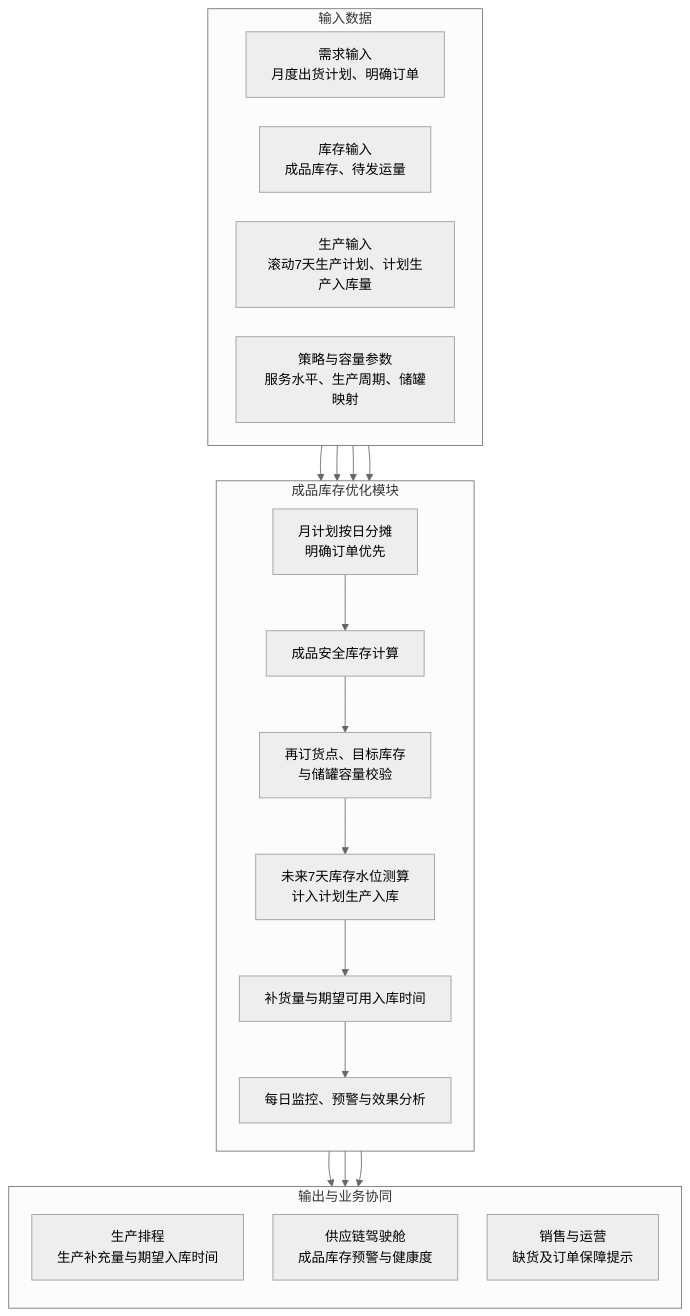
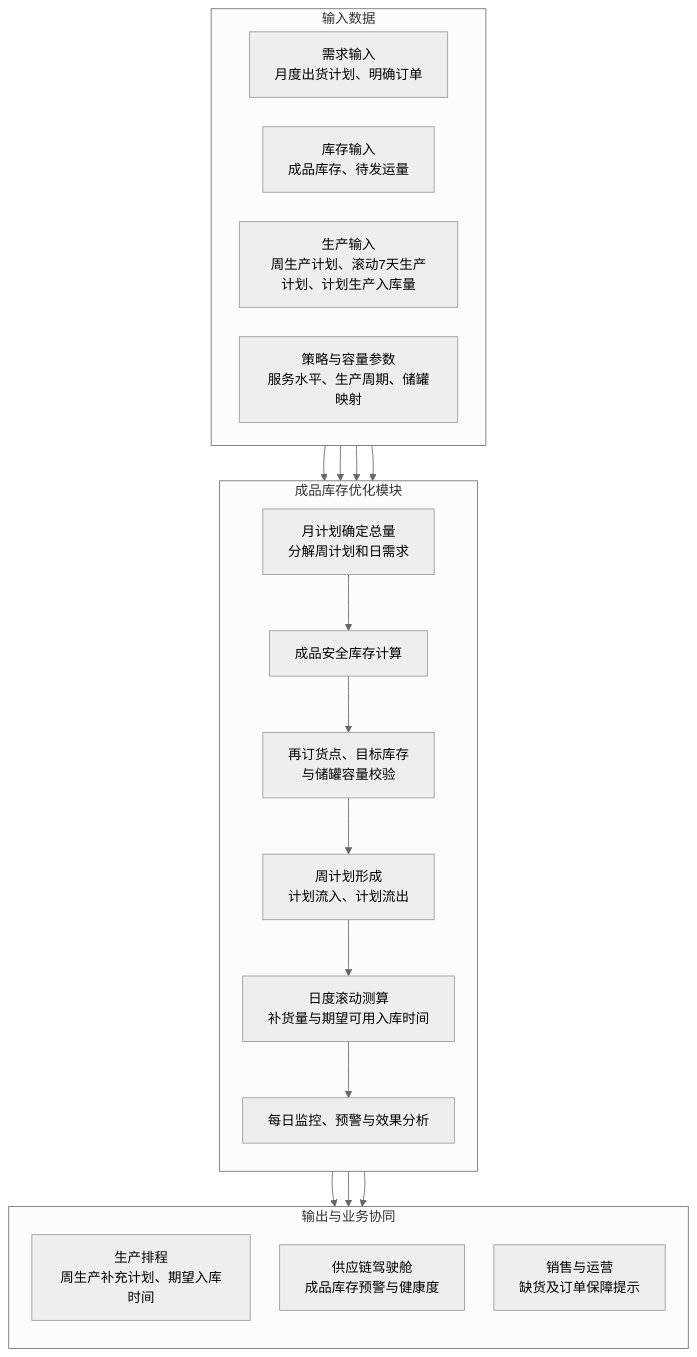
Before and after one commit to DDD71/scos_proj: the diagram in 2-业务蓝图-draft/库存优化模块技术方案.md, drawn with Mermaid (neutral theme). The commit also changed other lines of this file and 20 other files, not shown here.

````diff
--- a/2-业务蓝图-draft/库存优化模块技术方案.md
+++ b/2-业务蓝图-draft/库存优化模块技术方案.md
@@ -22,36 +22,36 @@
 ```mermaid
 %%{init: {"flowchart": {"curve": "basis", "nodeSpacing": 35, "rankSpacing": 42}}}%%
 flowchart TB
     subgraph INPUT["输入数据"]
         direction LR
         A["需求输入<br/>月度出货计划、明确订单"]
         B["库存输入<br/>成品库存、待发运量"]
-        C["生产输入<br/>滚动7天生产计划、计划生产入库量"]
+        C["生产输入<br/>周生产计划、滚动7天生产计划、计划生产入库量"]
         D["策略与容量参数<br/>服务水平、生产周期、储罐映射"]
     end
 
     subgraph INVENTORY["成品库存优化模块"]
         direction TB
-        E["月计划按日分摊<br/>明确订单优先"] --> F["成品安全库存计算"]
+        E["月计划确定总量<br/>分解周计划和日需求"] --> F["成品安全库存计算"]
         F --> G["再订货点、目标库存<br/>与储罐容量校验"]
-        G --> H["未来7天库存水位测算<br/>计入计划生产入库"]
-        H --> I["补货量与期望可用入库时间"]
+        G --> H["周计划形成<br/>计划流入、计划流出"]
+        H --> I["日度滚动测算<br/>补货量与期望可用入库时间"]
         I --> J["每日监控、预警与效果分析"]
     end
 
     A --> E
     B --> F
     C --> F
     D --> F
 
     subgraph OUTPUT["输出与业务协同"]
         direction TB
-        K["生产排程<br/>生产补充量与期望入库时间"]
+        K["生产排程<br/>周生产补充计划、期望入库时间"]
         L["供应链驾驶舱<br/>成品库存预警与健康度"]
         M["销售与运营<br/>缺货及订单保障提示"]
     end
 
     I --> K
     J --> M
     J --> L
 ```
````
